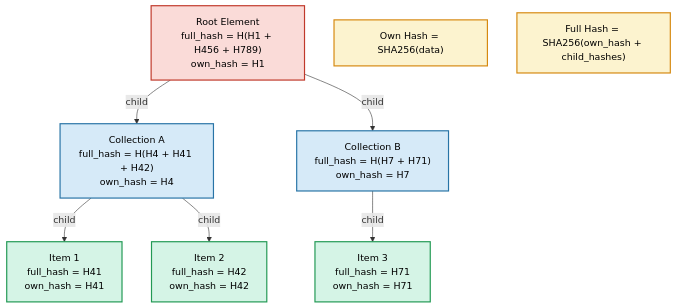
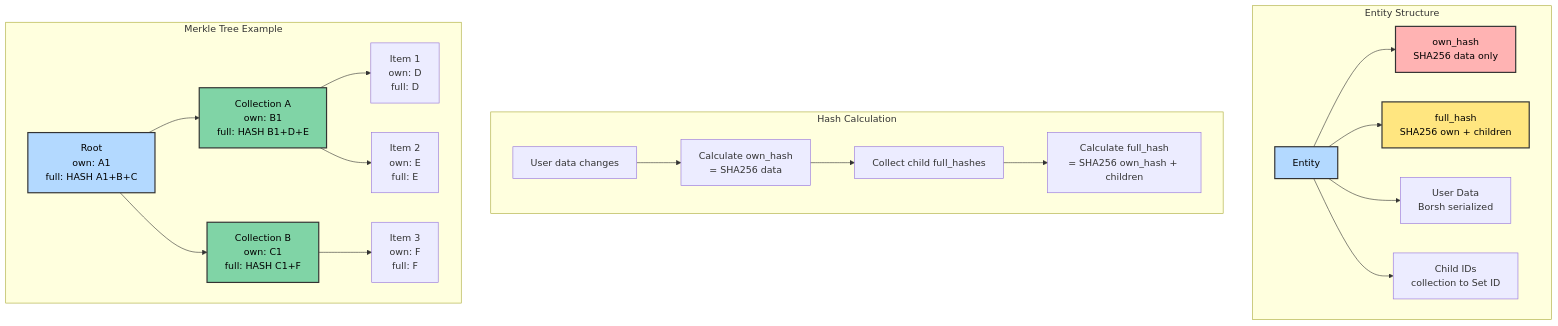
Before and after one commit to calimero-network/core: the second of 8 diagrams in crates/storage/README.md, drawn with Mermaid. The commit also changed other lines of this file and 155 other files, not shown here.

````diff
--- a/crates/storage/README.md
+++ b/crates/storage/README.md
@@ -109,24 +182,48 @@
 ```mermaid
 graph TB
-    Root["Root Element<br/>full_hash = H(H1 + H456 + H789)<br/>own_hash = H1"]
+    subgraph "Entity Structure"
+        E["Entity"]
+        OH["own_hash<br/>SHA256 data only"]
+        FH["full_hash<br/>SHA256 own + children"]
+        Data["User Data<br/>Borsh serialized"]
+        Children["Child IDs<br/>collection to Set ID"]
+        
+        E --> OH
+        E --> FH
+        E --> Data
+        E --> Children
+    end
     
-    Root -->|child| Coll1["Collection A<br/>full_hash = H(H4 + H41 + H42)<br/>own_hash = H4"]
-    Root -->|child| Coll2["Collection B<br/>full_hash = H(H7 + H71)<br/>own_hash = H7"]
+    subgraph "Hash Calculation"
+        D[User data changes]
+        C1[Calculate own_hash<br/>= SHA256 data]
+        C2[Collect child full_hashes]
+        C3[Calculate full_hash<br/>= SHA256 own_hash + children]
+        
+        D --> C1 --> C2 --> C3
+    end
     
-    Coll1 -->|child| Item1["Item 1<br/>full_hash = H41<br/>own_hash = H41"]
-    Coll1 -->|child| Item2["Item 2<br/>full_hash = H42<br/>own_hash = H42"]
+    subgraph "Merkle Tree Example"
+        Root[Root<br/>own: A1<br/>full: HASH A1+B+C]
+        
+        CollA[Collection A<br/>own: B1<br/>full: HASH B1+D+E]
+        CollB[Collection B<br/>own: C1<br/>full: HASH C1+F]
+        
+        Item1[Item 1<br/>own: D<br/>full: D]
+        Item2[Item 2<br/>own: E<br/>full: E]
+        Item3[Item 3<br/>own: F<br/>full: F]
     
-    Coll2 -->|child| Item3["Item 3<br/>full_hash = H71<br/>own_hash = H71"]
+    Root --> CollA
+    Root --> CollB
+    CollA --> Item1
+    CollA --> Item2
+    CollB --> Item3
+    end
     
-    Note1["Own Hash = SHA256(data)"]
-    Note2["Full Hash = SHA256(own_hash + child_hashes)"]
-    
-    style Root fill:#FADBD8,stroke:#C0392B,stroke-width:2px,color:#000
-    style Coll1 fill:#D6EAF8,stroke:#2874A6,stroke-width:2px,color:#000
-    style Coll2 fill:#D6EAF8,stroke:#2874A6,stroke-width:2px,color:#000
-    style Item1 fill:#D5F4E6,stroke:#229954,stroke-width:2px,color:#000
-    style Item2 fill:#D5F4E6,stroke:#229954,stroke-width:2px,color:#000
-    style Item3 fill:#D5F4E6,stroke:#229954,stroke-width:2px,color:#000
-    style Note1 fill:#FCF3CF,stroke:#D68910,stroke-width:2px,color:#000
-    style Note2 fill:#FCF3CF,stroke:#D68910,stroke-width:2px,color:#000
+    style E fill:#b3d9ff,stroke:#333,stroke-width:2px,color:#000
+    style OH fill:#ffb3b3,stroke:#333,stroke-width:2px,color:#000
+    style FH fill:#ffe680,stroke:#333,stroke-width:2px,color:#000
+    style Root fill:#b3d9ff,stroke:#333,stroke-width:2px,color:#000
+    style CollA fill:#80d4a6,stroke:#333,stroke-width:2px,color:#000
+    style CollB fill:#80d4a6,stroke:#333,stroke-width:2px,color:#000
 ```
````
